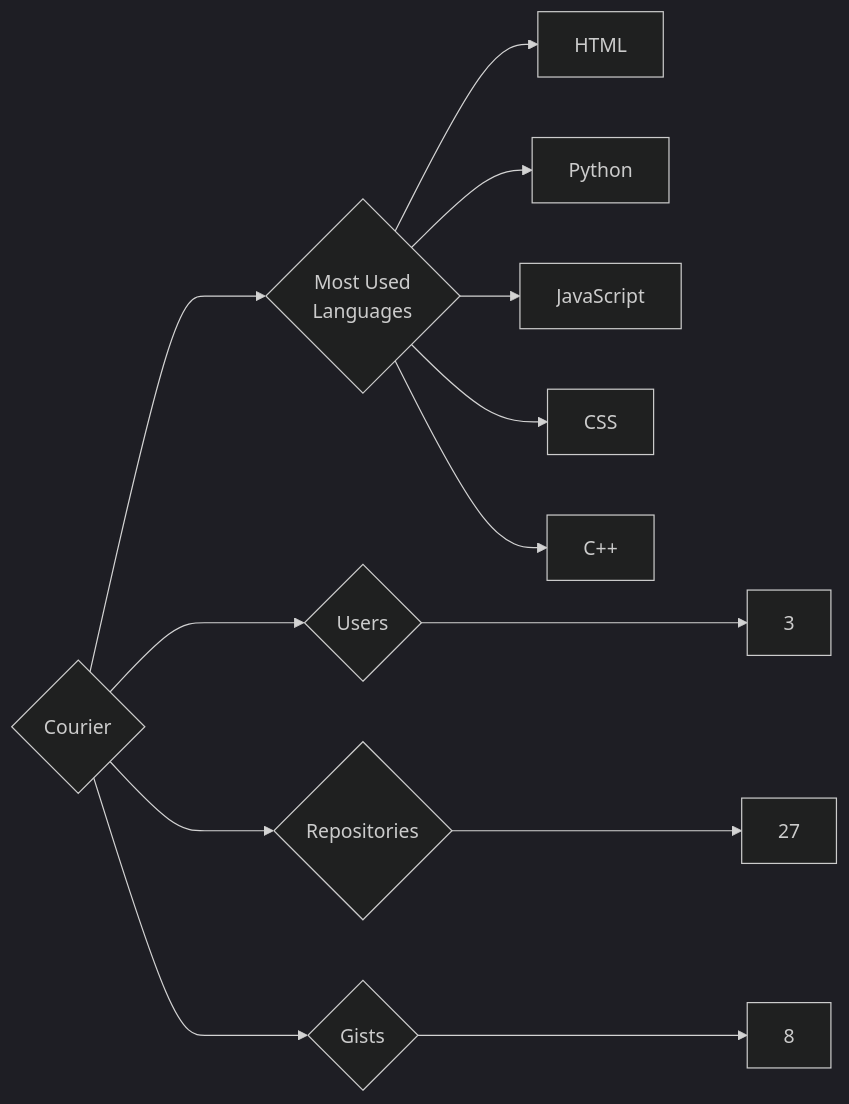
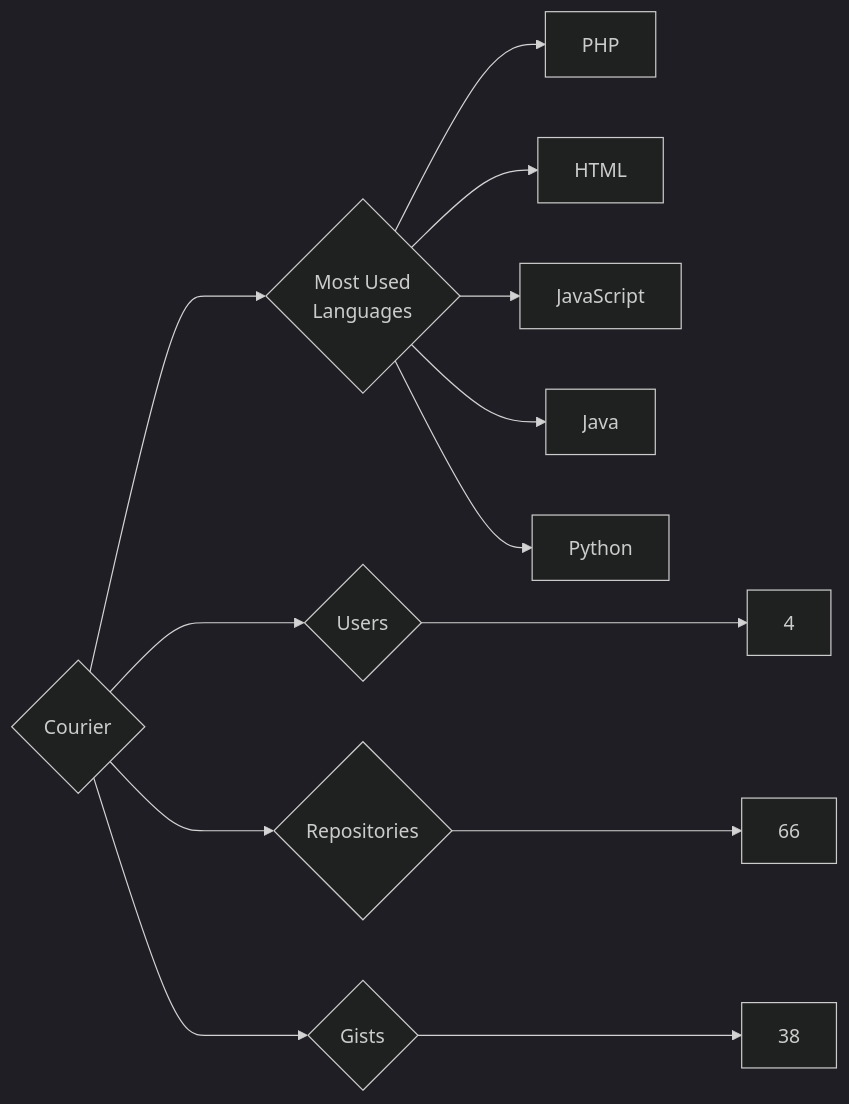
Before and after one commit to trickest/insiders: the diagram in targets/Courier/README.md, drawn with Mermaid (dark theme). The commit also changed 1212 other files, not shown here.

````diff
--- a/targets/Courier/README.md
+++ b/targets/Courier/README.md
@@ -3,13 +3,13 @@
 ```mermaid
 graph LR
 COMPANY_NAME{Courier}
-COMPANY_NAME ---> U{Users} ---> UN[3]
-COMPANY_NAME ---> R{Repositories} ---> RN[27]
-COMPANY_NAME ---> G{Gists} ---> GN[8]
+COMPANY_NAME ---> U{Users} ---> UN[4]
+COMPANY_NAME ---> R{Repositories} ---> RN[66]
+COMPANY_NAME ---> G{Gists} ---> GN[38]
 COMPANY_NAME ---> ML{Most Used<br>Languages}
+ML --> PHP[PHP]
 ML --> HTML[HTML]
+ML --> JavaScript[JavaScript]
+ML --> Java[Java]
 ML --> Python[Python]
-ML --> JavaScript[JavaScript]
-ML --> CSS[CSS]
-ML --> C++[C++]
 ```
````
